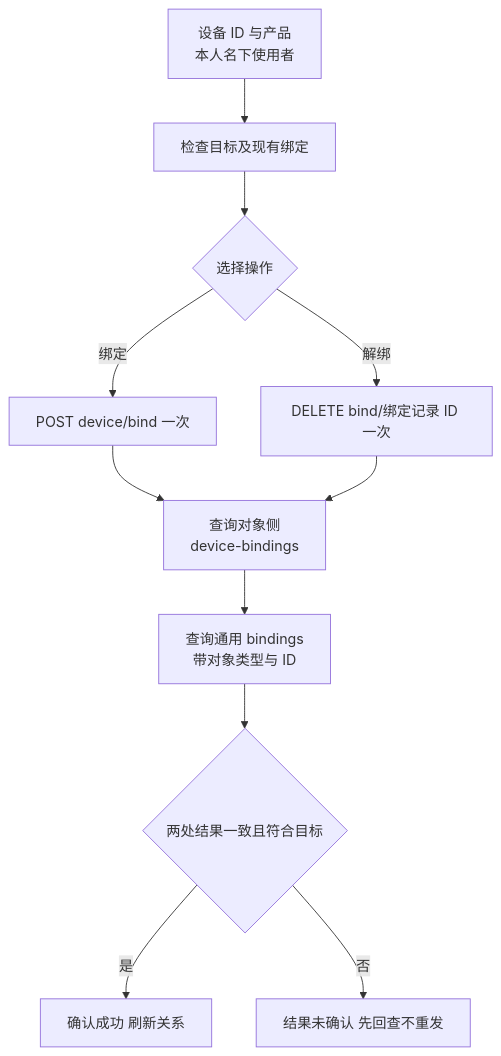
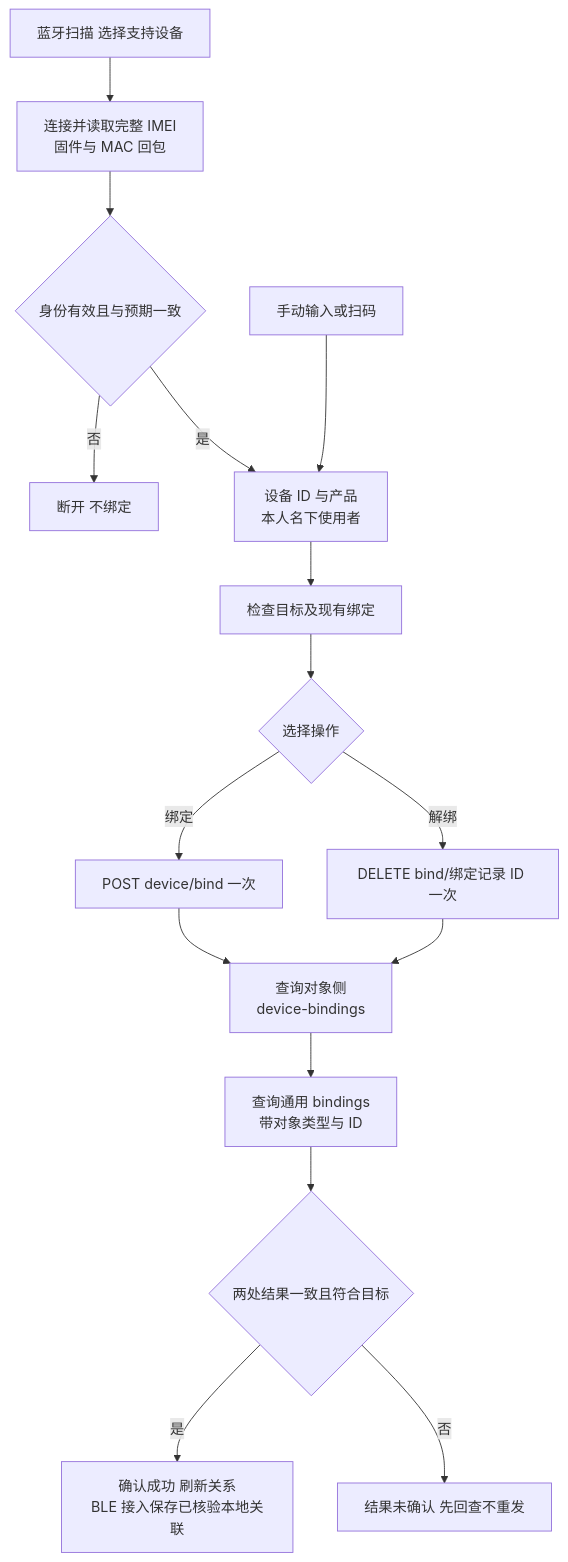
Before and after one commit to jarLiao/eview-connect-c-app-prototype: the diagram in guides/binding-flow.mmd, drawn with Mermaid. The commit also changed 41 other files, not shown here.

```diff
--- a/guides/binding-flow.mmd
+++ b/guides/binding-flow.mmd
@@ -1,11 +1,16 @@
 flowchart TD
-    A[设备 ID 与产品<br/>本人名下使用者] --> B[检查目标及现有绑定]
+    S[蓝牙扫描 选择支持设备] --> T[连接并读取完整 IMEI<br/>固件与 MAC 回包]
+    T --> U{身份有效且与预期一致}
+    U -->|否| V[断开 不绑定]
+    U -->|是| A[设备 ID 与产品<br/>本人名下使用者]
+    W[手动输入或扫码] --> A
+    A --> B[检查目标及现有绑定]
     B --> C{选择操作}
     C -->|绑定| D[POST device/bind 一次]
     C -->|解绑| E[DELETE bind/绑定记录 ID 一次]
     D --> F[查询对象侧<br/>device-bindings]
     E --> F
     F --> G[查询通用 bindings<br/>带对象类型与 ID]
     G --> H{两处结果一致且符合目标}
-    H -->|是| I[确认成功 刷新关系]
+    H -->|是| I[确认成功 刷新关系<br/>BLE 接入保存已核验本地关联]
     H -->|否| J[结果未确认 先回查不重发]
```
